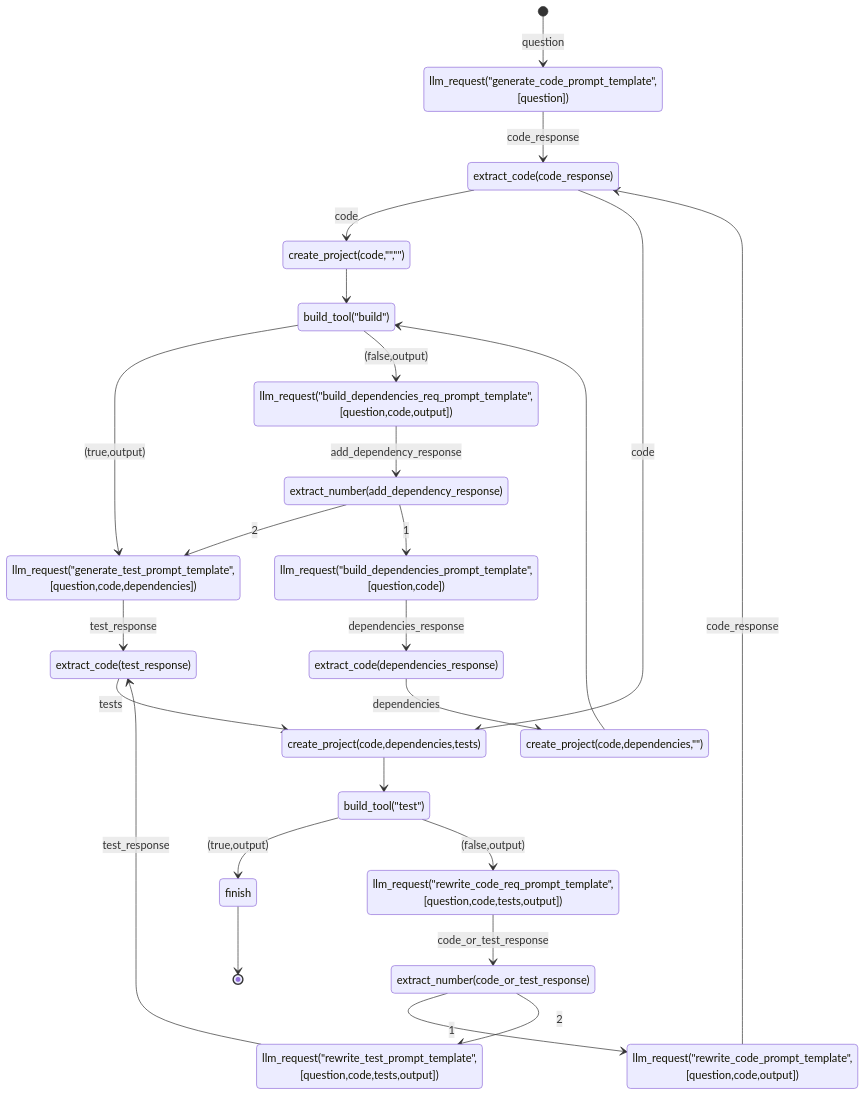
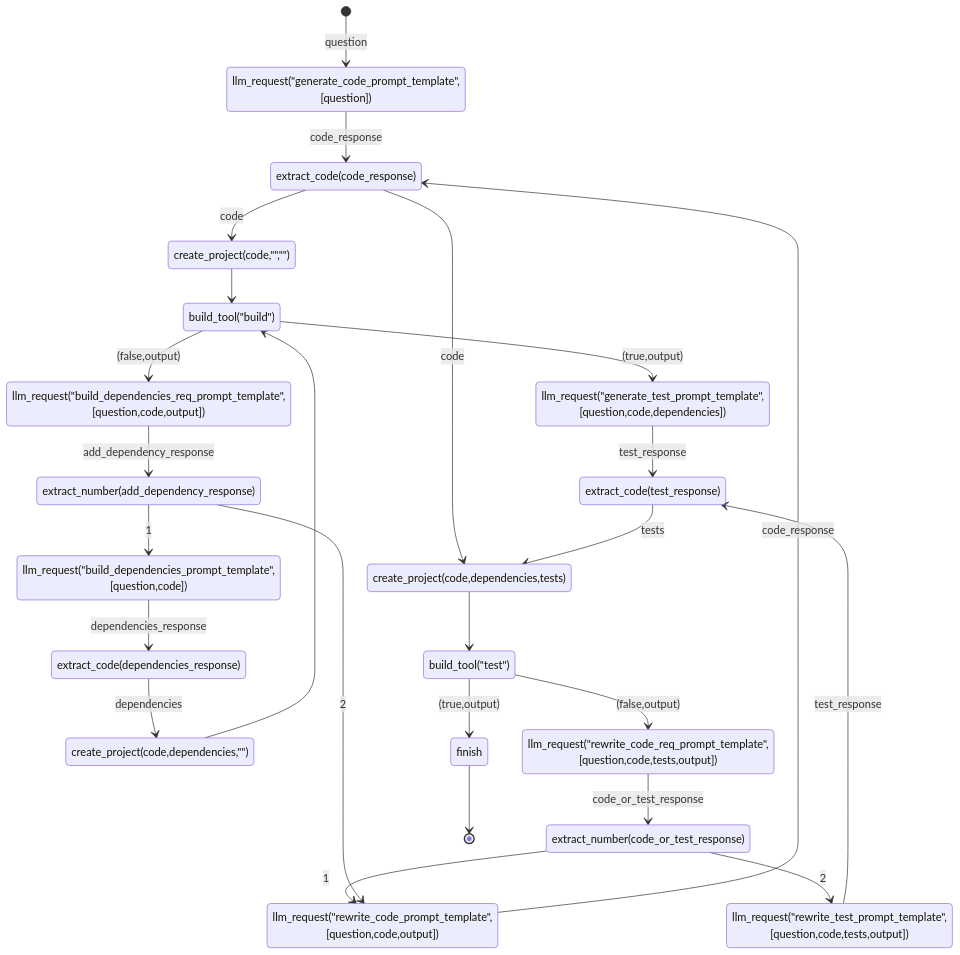
The diagram in state.md (rizgan/LLM-Logic-Exec-Verify), drawn with Mermaid before and after one commit.

Commit message:
state_machine

````diff
--- a/state.md
+++ b/state.md
@@ -1,27 +1,27 @@
 ```mermaid
 stateDiagram
 [*] --> llm_request("generate_code_prompt_template",[question]) : question
 llm_request("generate_code_prompt_template",[question]) --> extract_code(code_response) : code_response
 extract_code(code_response) --> create_project(code,"","") : code
 create_project(code,"","") --> build_tool("build")
 create_project(code,dependencies,"") --> build_tool("build")
 create_project(code,dependencies,tests) --> build_tool("test")
 build_tool("test") --> finish : (true,output)
 build_tool("test") --> llm_request("rewrite_code_req_prompt_template",[question,code,tests,output]) : (false,output)
 llm_request("rewrite_code_req_prompt_template",[question,code,tests,output]) --> extract_number(code_or_test_response) : code_or_test_response
 extract_number(code_or_test_response) --> llm_request("rewrite_code_prompt_template",[question,code,output]) : 1
 extract_number(code_or_test_response) --> llm_request("rewrite_test_prompt_template",[question,code,tests,output]) : 2
 llm_request("rewrite_test_prompt_template",[question,code,tests,output]) --> extract_code(test_response) : test_response
 llm_request("rewrite_code_prompt_template",[question,code,output]) --> extract_code(code_response) : code_response
 extract_code(code_response) --> create_project(code,dependencies,tests): code
 build_tool("build") --> llm_request("generate_test_prompt_template",[question,code,dependencies]) : (true,output) 
 build_tool("build") --> llm_request("build_dependencies_req_prompt_template",[question,code,output]) : (false,output) 
 llm_request("build_dependencies_req_prompt_template",[question,code,output])  --> extract_number(add_dependency_response) : add_dependency_response
-extract_number(add_dependency_response) --> llm_request("generate_test_prompt_template",[question,code,dependencies]) : 2
+extract_number(add_dependency_response) --> llm_request("rewrite_code_prompt_template",[question,code,output]) : 2
 extract_number(add_dependency_response) --> llm_request("build_dependencies_prompt_template",[question,code]) : 1
 llm_request("build_dependencies_prompt_template",[question,code]) --> extract_code(dependencies_response) : dependencies_response
 extract_code(dependencies_response) --> create_project(code,dependencies,"") : dependencies 
 llm_request("generate_test_prompt_template",[question,code,dependencies]) --> extract_code(test_response) : test_response
 extract_code(test_response) --> create_project(code,dependencies,tests) : tests
 finish --> [*]
-```
+``` 
````
